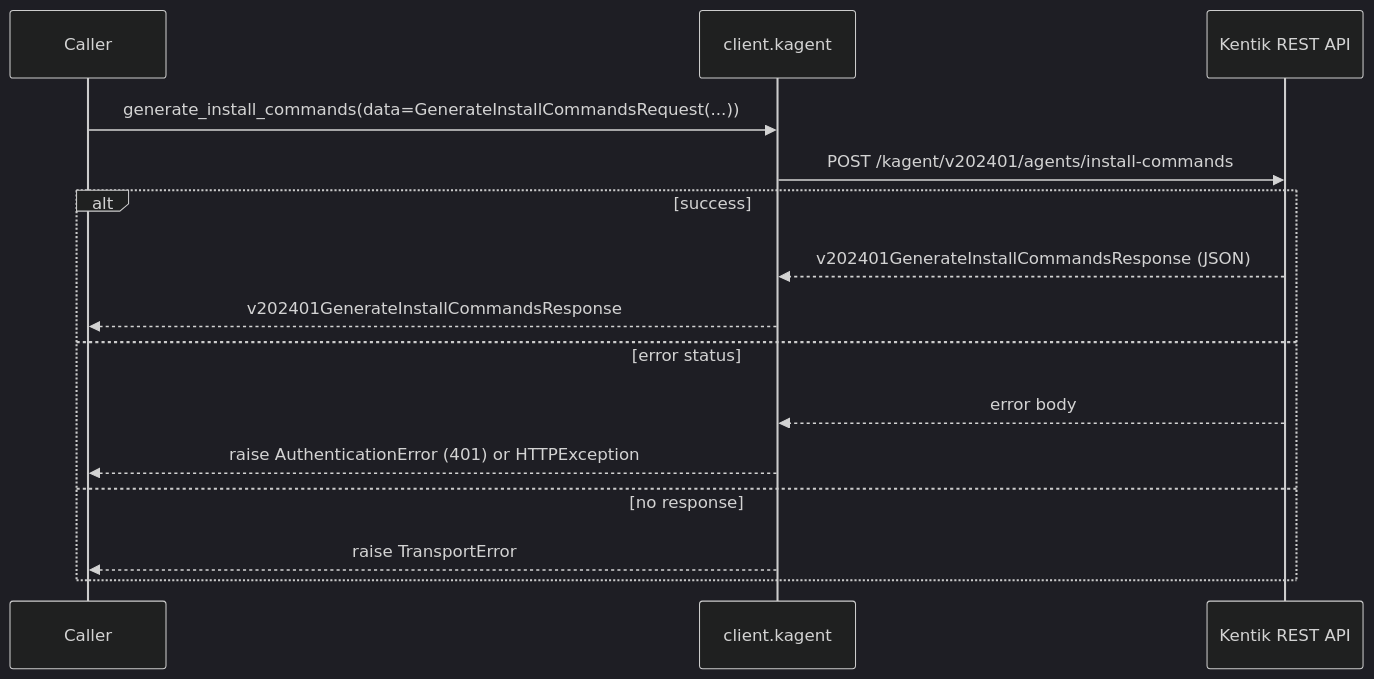
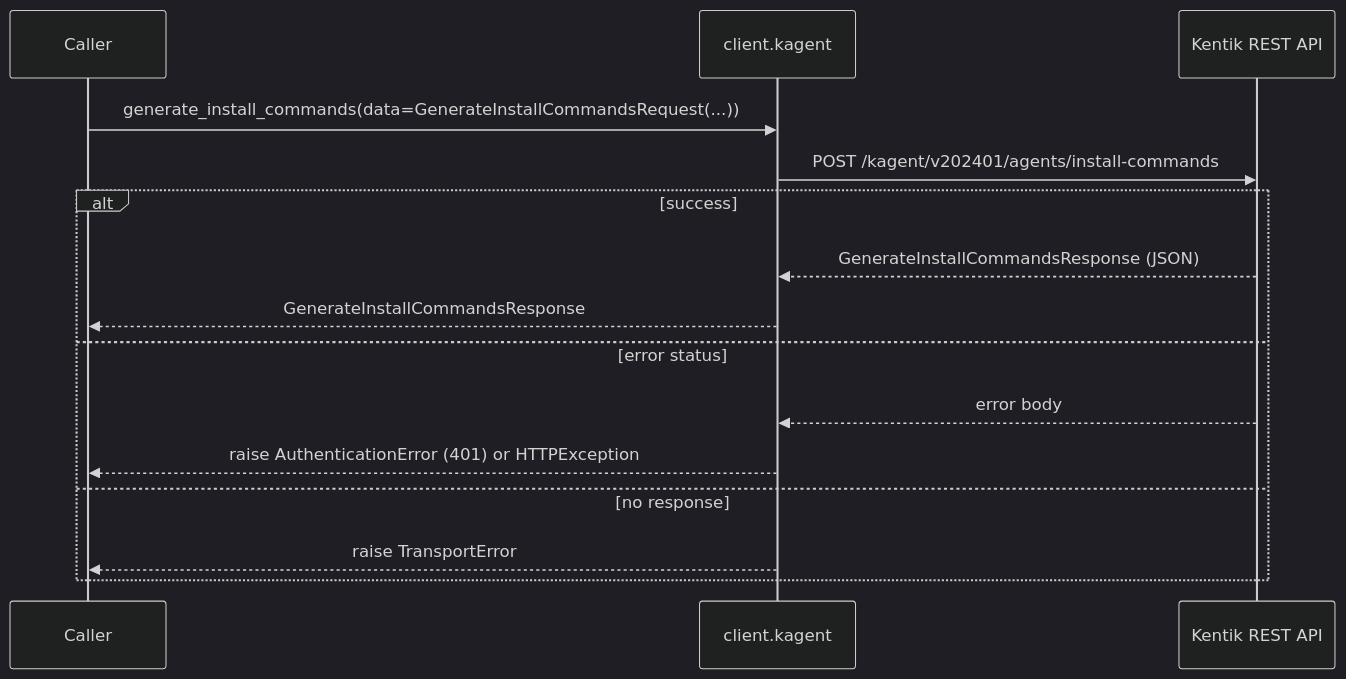
Before and after one commit to alexdearaujo/community_sdk_python: the eighth of 58 diagrams in docs/sphinx/services/kagent.md, drawn with Mermaid (dark theme). The commit also changed other lines of this file and 38 other files, not shown here.

````diff
--- a/docs/sphinx/services/kagent.md
+++ b/docs/sphinx/services/kagent.md
@@ -269,18 +269,18 @@
 ```mermaid
 sequenceDiagram
     participant C as Caller
     participant W as client.kagent
     participant API as Kentik REST API
 
     C->>W: generate_install_commands(data=GenerateInstallCommandsRequest(...))
     W->>API: POST /kagent/v202401/agents/install-commands
     alt success
-        API-->>W: v202401GenerateInstallCommandsResponse (JSON)
-        W-->>C: v202401GenerateInstallCommandsResponse
+        API-->>W: GenerateInstallCommandsResponse (JSON)
+        W-->>C: GenerateInstallCommandsResponse
     else error status
         API-->>W: error body
         W-->>C: raise AuthenticationError (401) or HTTPException
     else no response
         W-->>C: raise TransportError
     end
 ```
````
